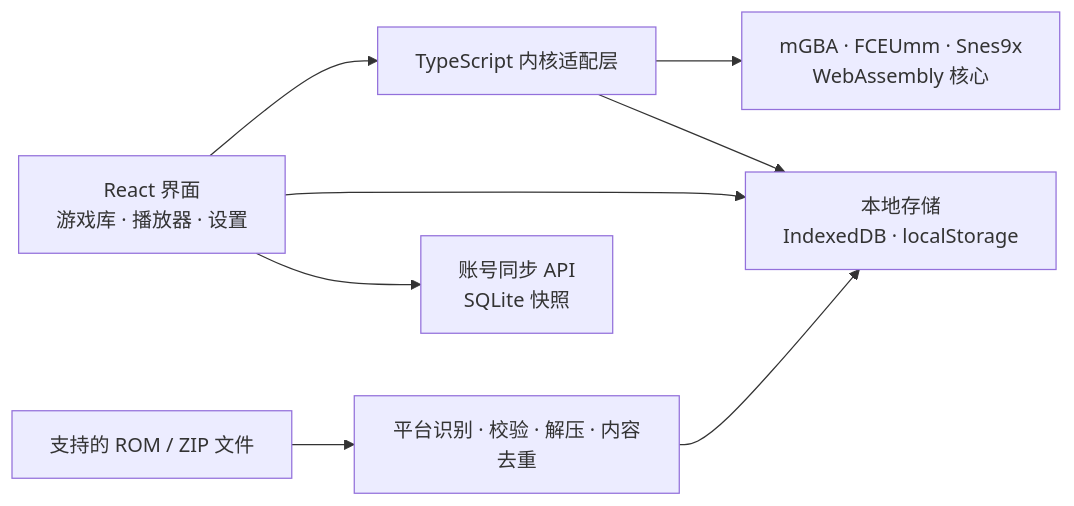
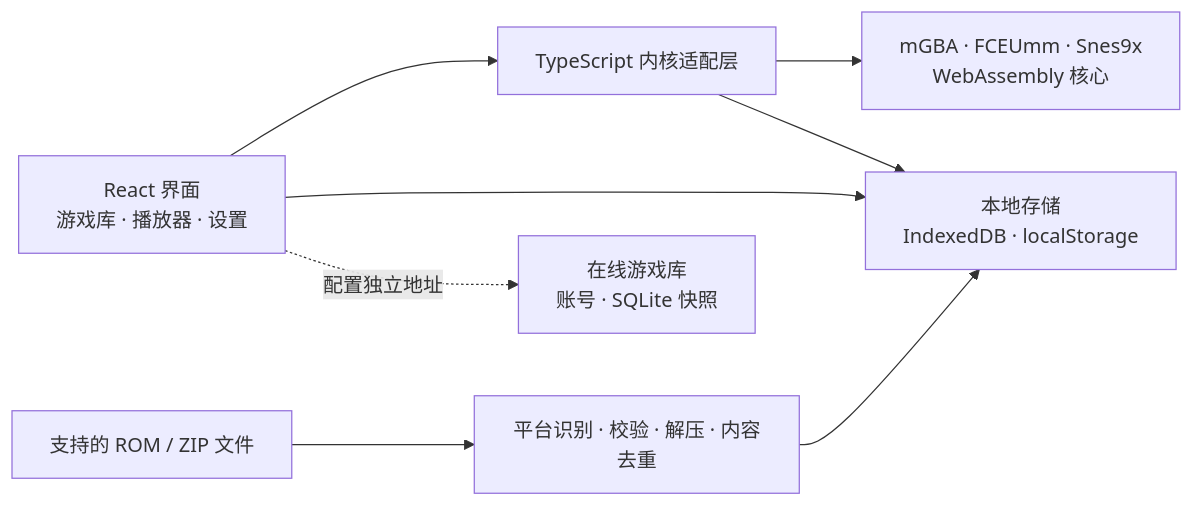
Before and after one commit to hehuang139/Orbitra: the diagram in README.md, drawn with Mermaid. The commit also changed other lines of this file and 20 other files, not shown here.

````diff
--- a/README.md
+++ b/README.md
@@ -207,10 +215,10 @@
 ```mermaid
 flowchart LR
     A[React 界面<br/>游戏库 · 播放器 · 设置] --> B[TypeScript 内核适配层]
     B --> C[mGBA · FCEUmm · Snes9x<br/>WebAssembly 核心]
     A --> D[本地存储<br/>IndexedDB · localStorage]
-    A --> G[账号同步 API<br/>SQLite 快照]
+    A -. 配置独立地址 .-> G[在线游戏库<br/>账号 · SQLite 快照]
     B --> D
     E[支持的 ROM / ZIP 文件] --> F[平台识别 · 校验 · 解压 · 内容去重]
     F --> D
 ```
````
